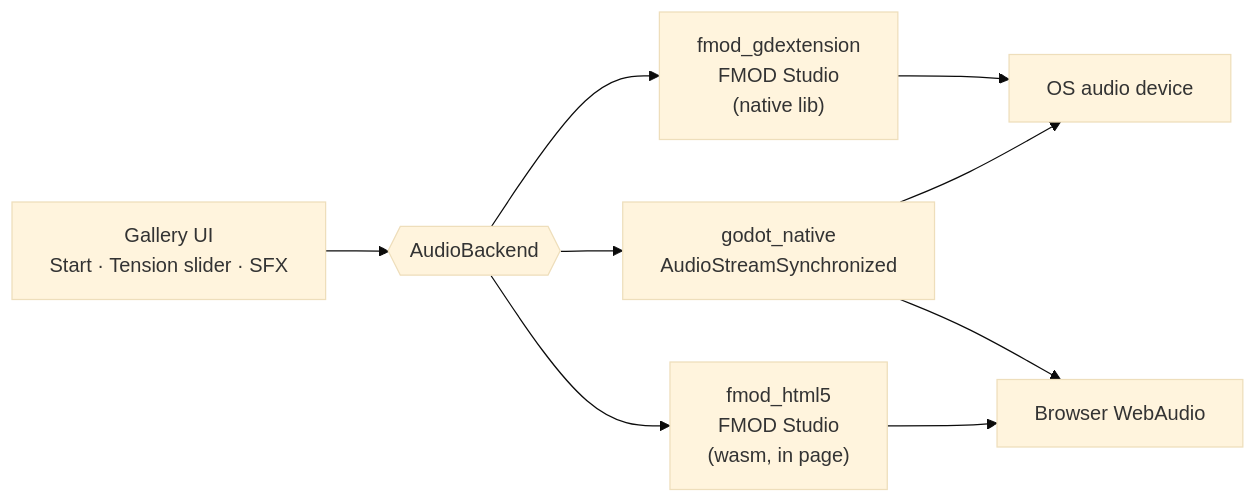
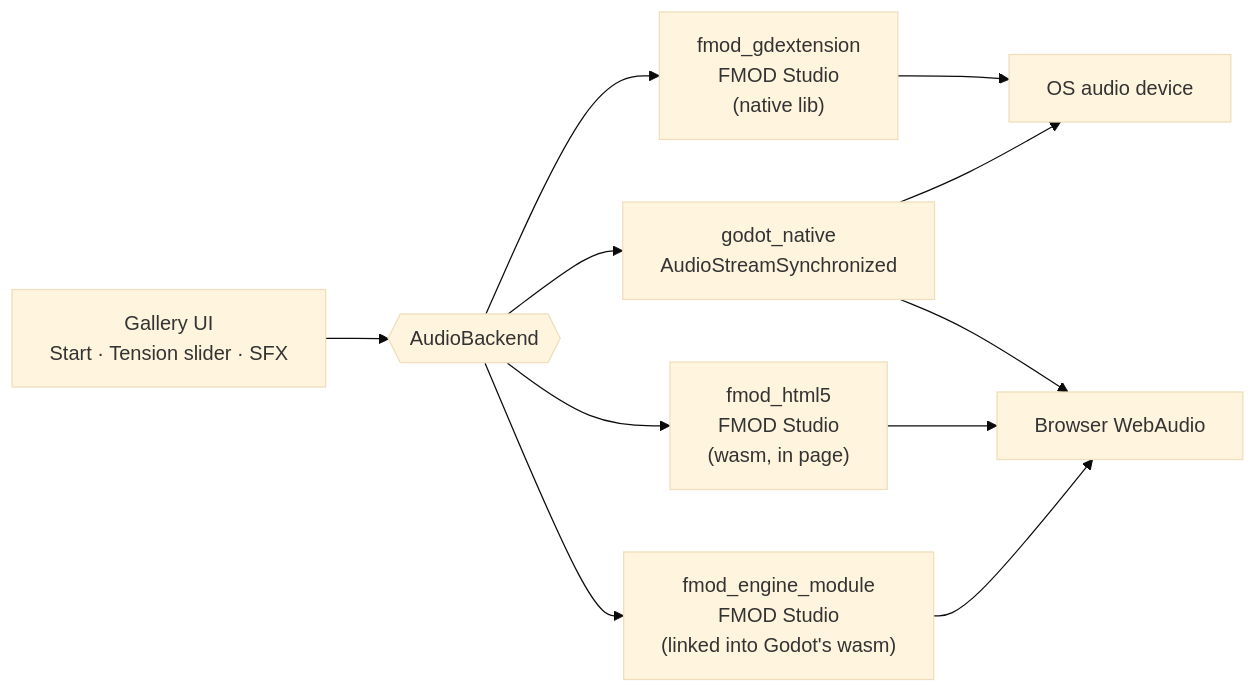
One commit to THE-ORONCO/prototype-fmod-audio-in-godot-web-export changed the diagram in README.md. Above: the diagram before and after it, drawn with Mermaid (base theme). The commit also changed other lines of this file and 20 other files, not shown here.

Commit message:
Add FMOD engine module with custom web template integration

````diff
--- a/README.md
+++ b/README.md
@@ -10,11 +10,13 @@
 ```mermaid
 flowchart LR
     UI["Gallery UI<br/>Start · Tension slider · SFX"] --> B{{AudioBackend}}
     B --> P1["fmod_gdextension<br/>FMOD Studio<br/>(native lib)"]
     B --> P3["godot_native<br/>AudioStreamSynchronized"]
     B --> P2["fmod_html5<br/>FMOD Studio<br/>(wasm, in page)"]
+    B --> P4["fmod_engine_module<br/>FMOD Studio<br/>(linked into Godot's wasm)"]
     P1 --> OUT1[OS audio device]
     P2 --> OUT2[Browser WebAudio]
+    P4 --> OUT2
     P3 --> OUT1
     P3 --> OUT2
 ```
````
